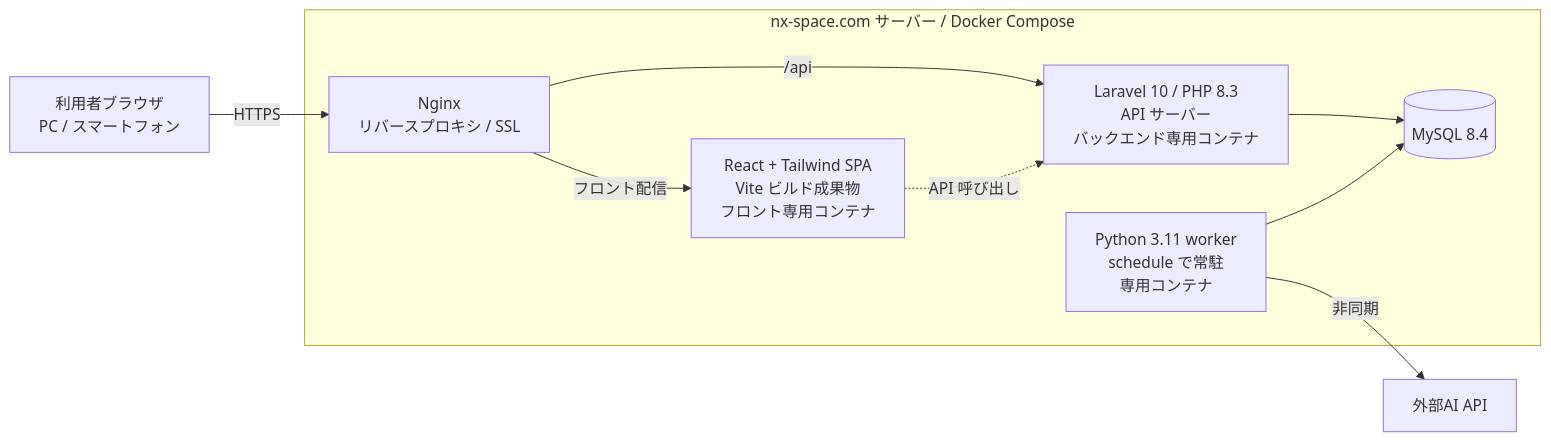
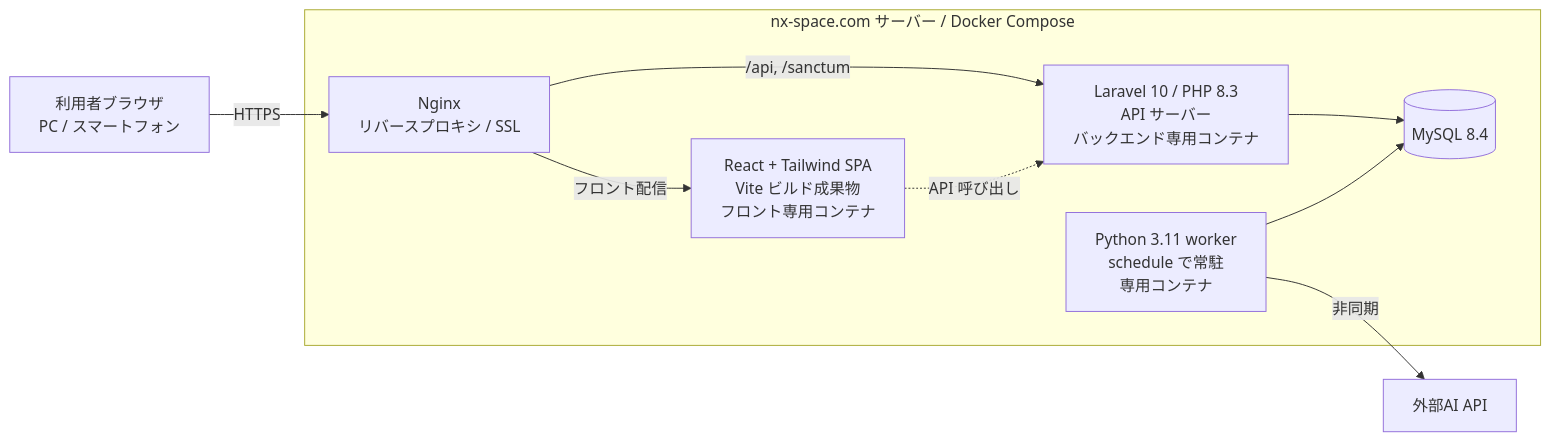
Before and after one commit to space-musicacct/resmane: the diagram in docs/技術構成/技術構成書.md, drawn with Mermaid. The commit also changed other lines of this file and 2 other files, not shown here.

Commit message:
レビュー指摘を反映: 要件定義書にname追記、self_reviews編集削除時の同期方針、技術構成書にsanctum振り分け追加

````diff
--- a/docs/技術構成/技術構成書.md
+++ b/docs/技術構成/技術構成書.md
@@ -59,21 +59,21 @@
 ```mermaid
 flowchart LR
     USER[利用者ブラウザ<br/>PC / スマートフォン]
     AI[外部AI API]
 
     subgraph SERVER[nx-space.com サーバー / Docker Compose]
         NGINX[Nginx<br/>リバースプロキシ / SSL]
         REACT[React + Tailwind SPA<br/>Vite ビルド成果物<br/>フロント専用コンテナ]
         LARAVEL[Laravel 10 / PHP 8.3<br/>API サーバー<br/>バックエンド専用コンテナ]
         WORKER[Python 3.11 worker<br/>schedule で常駐<br/>専用コンテナ]
         MYSQL[(MySQL 8.4)]
     end
 
     USER -->|HTTPS| NGINX
     NGINX -->|フロント配信| REACT
-    NGINX -->|/api| LARAVEL
+    NGINX -->|/api, /sanctum| LARAVEL
     REACT -.->|API 呼び出し| LARAVEL
     LARAVEL --> MYSQL
     WORKER --> MYSQL
     WORKER -->|非同期| AI
 ```
````
